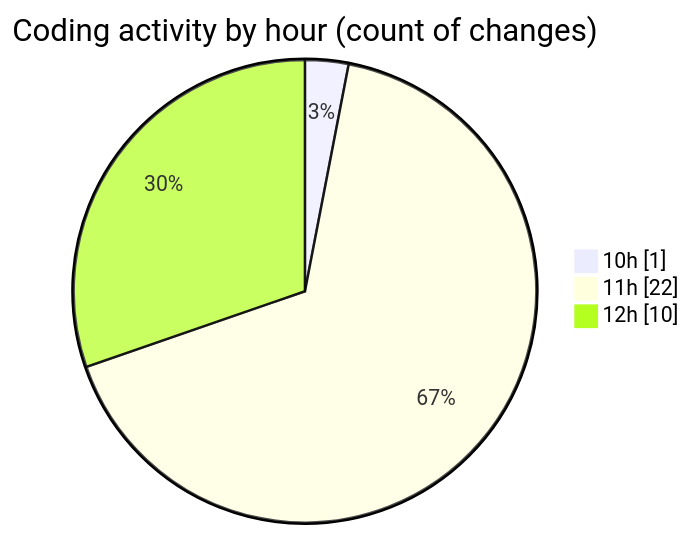
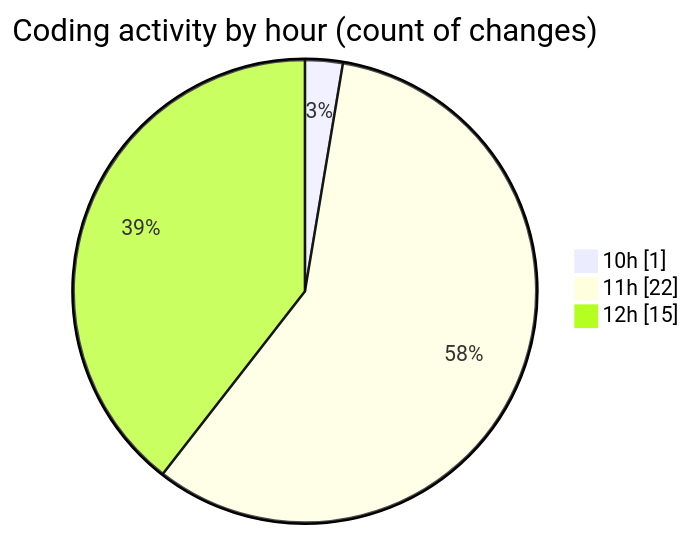
Before and after one commit to nxtqubesakshisongat/code-tracking: the second of 2 diagrams in 2025-07-27/nxtqube_webapp/README.md, drawn with Mermaid. The commit also changed other lines of this file and 1 other file, not shown here.

````diff
--- a/2025-07-27/nxtqube_webapp/README.md
+++ b/2025-07-27/nxtqube_webapp/README.md
@@ -33,7 +33,7 @@
 ```mermaid
 pie showData
 title Coding activity by hour (count of changes)
 "10h" : 1
 "11h" : 22
-"12h" : 10
+"12h" : 15
 ```
````
